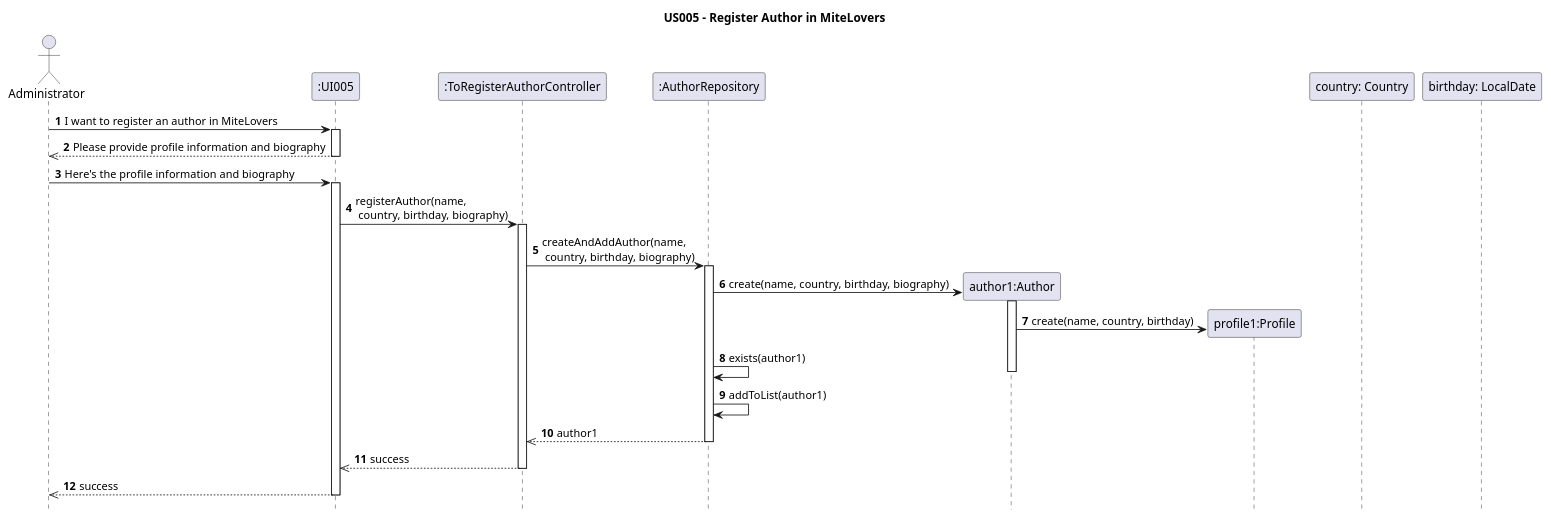
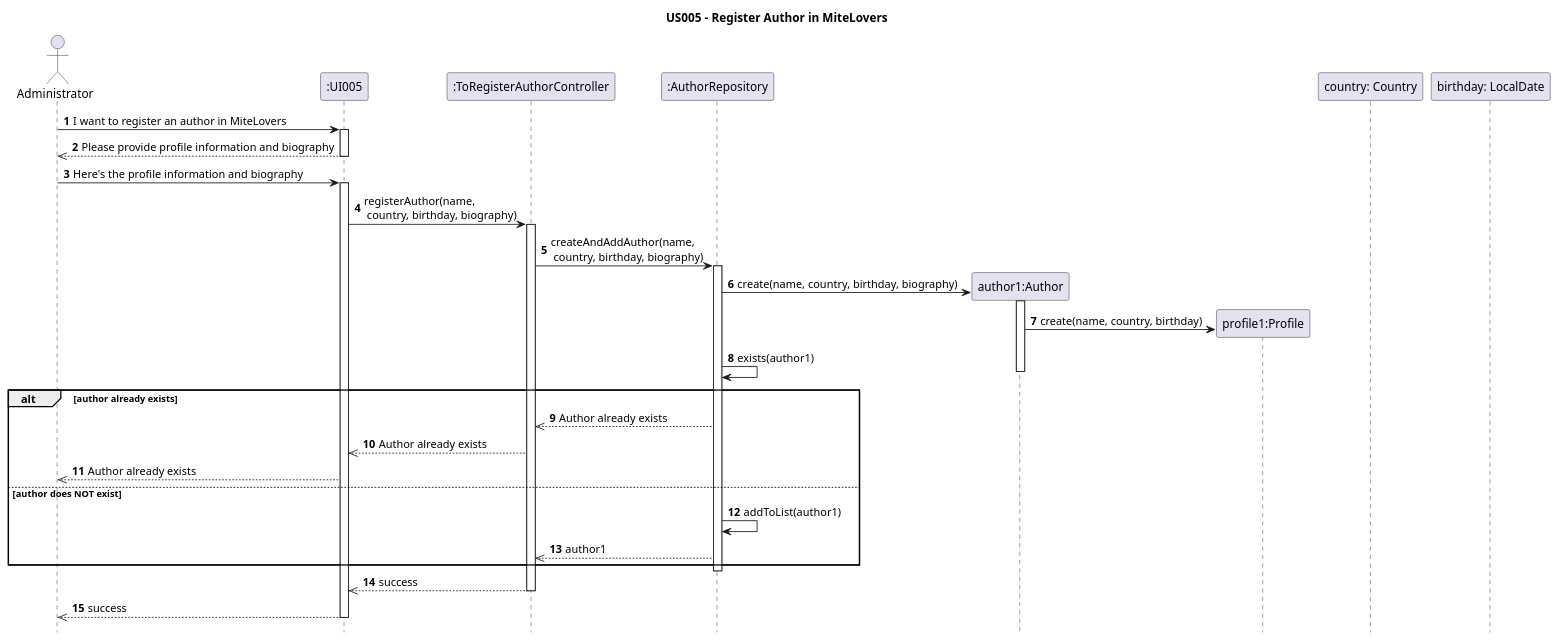
Before and after one commit to AndrePereiraGitH/SWitCH-Project-Team_A: the diagram in Diagrams/SequenceDiagrams/N2/US005-to-register-an-author-in-MIteLovers.puml, drawn with PlantUML. The commit also changed 2 other files, not shown here.

```diff
--- a/Diagrams/SequenceDiagrams/N2/US005-to-register-an-author-in-MIteLovers.puml
+++ b/Diagrams/SequenceDiagrams/N2/US005-to-register-an-author-in-MIteLovers.puml
@@ -1,59 +1,62 @@
 @startuml
 hide footbox
 title US005 - Register Author in MiteLovers
 
 actor Administrator
 participant ":UI005" as UI
 
 autoNumber
 
 
 participant ":ToRegisterAuthorController" as C
 
 
 
 participant ":AuthorRepository" as R
 
 Administrator -> UI :  I want to register an author in MiteLovers
 activate UI
 
 UI -->> Administrator :  Please provide profile information and biography
 deactivate
 
 Administrator -> UI :  Here's the profile information and biography
 activate UI
 UI -> C : registerAuthor(name, \n country, birthday, biography)
 activate C
 
 C -> R :  createAndAddAuthor(name, \n country, birthday, biography)
 activate R
 
 
 
  create participant "author1:Author" as A
  R -> A ++ : create(name, country, birthday, biography)
 
  create "profile1:Profile" as P
  A -> P : create(name, country, birthday)
 
  R -> R : exists(author1)
  deactivate A
 
 
-
+alt author already exists
+  R -->> C : Author already exists
+  C -->> UI : Author already exists
+  UI -->> Administrator : Author already exists
+else author does NOT exist
   R -> R : addToList(author1)
-
   R -->> C :  author1
-
+end
 deactivate R
 C -->> UI :  success
 deactivate C
 
 UI -->> Administrator :  success
 deactivate UI
 
 
 participant "country: Country"
 participant "birthday: LocalDate"
 
 @enduml
```
